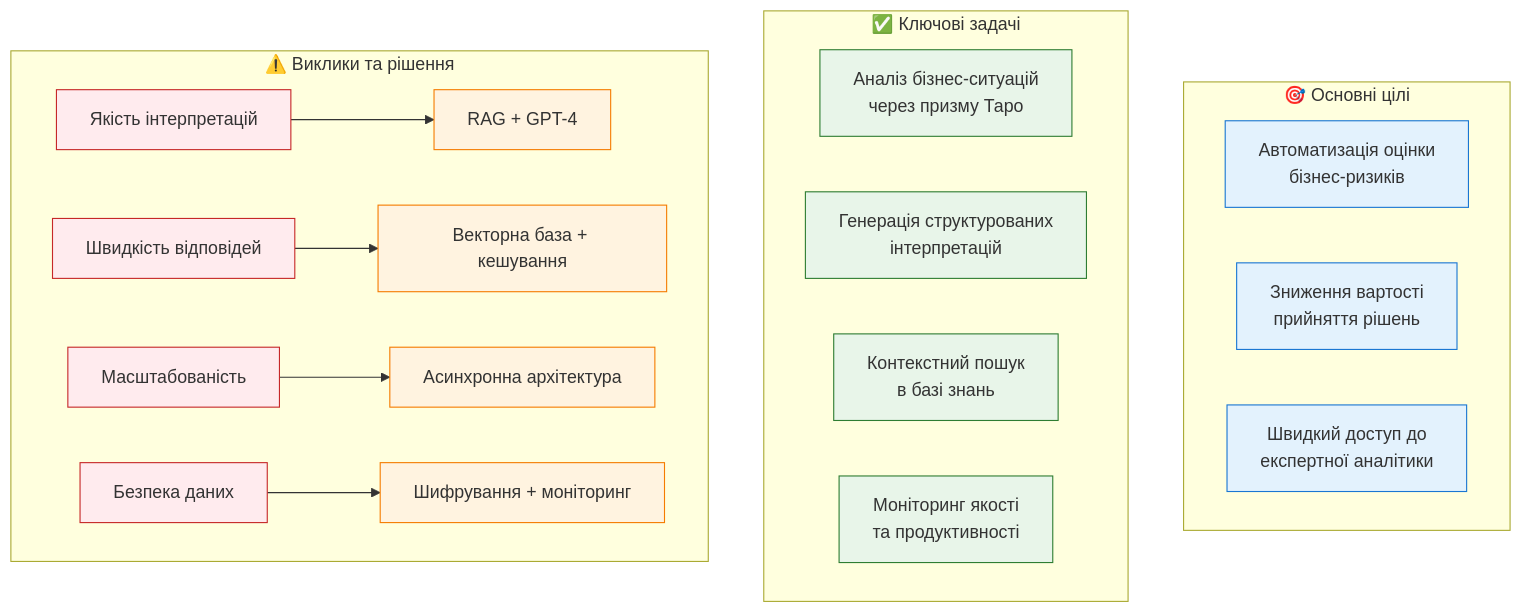
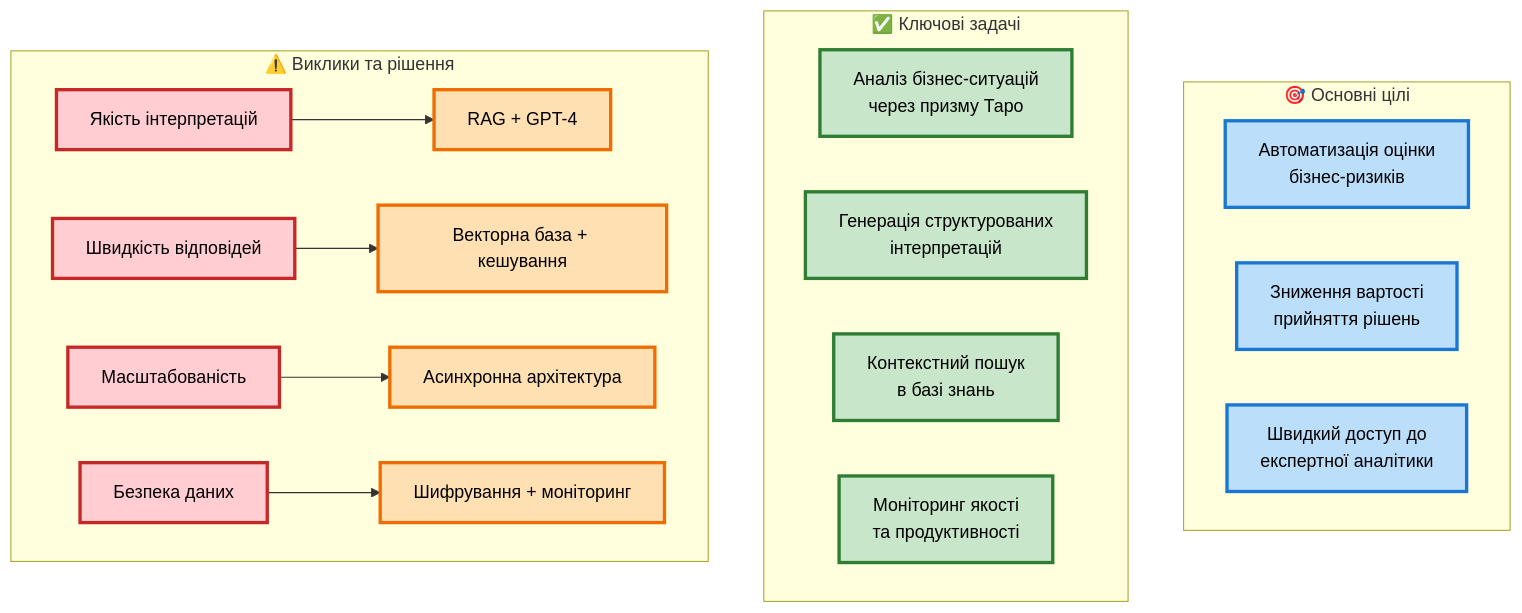
One commit to igorgorovoy/fwdays-hackaton-ai-agent-risk-assessment-system changed the first of 8 diagrams in README.md. Above: the diagram before and after it, drawn with Mermaid.

Commit message:
add pitch deck elements into docs

````diff
--- a/README.md
+++ b/README.md
@@ -7,51 +7,55 @@
 ```mermaid
 graph TD
     subgraph "🎯 Основні цілі"
         G1["Автоматизація оцінки<br/>бізнес-ризиків"]
         G2["Зниження вартості<br/>прийняття рішень"]
         G3["Швидкий доступ до<br/>експертної аналітики"]
     end
 
     subgraph "✅ Ключові задачі"
         T1["Аналіз бізнес-ситуацій<br/>через призму Таро"]
         T2["Генерація структурованих<br/>інтерпретацій"]
         T3["Контекстний пошук<br/>в базі знань"]
         T4["Моніторинг якості<br/>та продуктивності"]
     end
 
     subgraph "⚠️ Виклики та рішення"
         C1["Якість інтерпретацій"]
         C2["Швидкість відповідей"]
         C3["Масштабованість"]
         C4["Безпека даних"]
 
         S1["RAG + GPT-4"]
         S2["Векторна база + кешування"]
         S3["Асинхронна архітектура"]
         S4["Шифрування + моніторинг"]
 
         C1 --> S1
         C2 --> S2
         C3 --> S3
         C4 --> S4
     end
 
-    style G1 fill:#e3f2fd,stroke:#1976d2
-    style G2 fill:#e3f2fd,stroke:#1976d2
-    style G3 fill:#e3f2fd,stroke:#1976d2
+    %% Цілі - синій
+    style G1 fill:#bbdefb,stroke:#1976d2,stroke-width:3px,color:#000000
+    style G2 fill:#bbdefb,stroke:#1976d2,stroke-width:3px,color:#000000
+    style G3 fill:#bbdefb,stroke:#1976d2,stroke-width:3px,color:#000000
 
-    style T1 fill:#e8f5e9,stroke:#2e7d32
-    style T2 fill:#e8f5e9,stroke:#2e7d32
-    style T3 fill:#e8f5e9,stroke:#2e7d32
-    style T4 fill:#e8f5e9,stroke:#2e7d32
+    %% Задачі - зелений
+    style T1 fill:#c8e6c9,stroke:#2e7d32,stroke-width:3px,color:#000000
+    style T2 fill:#c8e6c9,stroke:#2e7d32,stroke-width:3px,color:#000000
+    style T3 fill:#c8e6c9,stroke:#2e7d32,stroke-width:3px,color:#000000
+    style T4 fill:#c8e6c9,stroke:#2e7d32,stroke-width:3px,color:#000000
 
-    style C1 fill:#ffebee,stroke:#c62828
-    style C2 fill:#ffebee,stroke:#c62828
-    style C3 fill:#ffebee,stroke:#c62828
-    style C4 fill:#ffebee,stroke:#c62828
+    %% Виклики - червоний
+    style C1 fill:#ffcdd2,stroke:#c62828,stroke-width:3px,color:#000000
+    style C2 fill:#ffcdd2,stroke:#c62828,stroke-width:3px,color:#000000
+    style C3 fill:#ffcdd2,stroke:#c62828,stroke-width:3px,color:#000000
+    style C4 fill:#ffcdd2,stroke:#c62828,stroke-width:3px,color:#000000
 
-    style S1 fill:#fff3e0,stroke:#f57c00
-    style S2 fill:#fff3e0,stroke:#f57c00
-    style S3 fill:#fff3e0,stroke:#f57c00
-    style S4 fill:#fff3e0,stroke:#f57c00
+    %% Рішення - оранжевий
+    style S1 fill:#ffe0b2,stroke:#ef6c00,stroke-width:3px,color:#000000
+    style S2 fill:#ffe0b2,stroke:#ef6c00,stroke-width:3px,color:#000000
+    style S3 fill:#ffe0b2,stroke:#ef6c00,stroke-width:3px,color:#000000
+    style S4 fill:#ffe0b2,stroke:#ef6c00,stroke-width:3px,color:#000000
 ```
````
